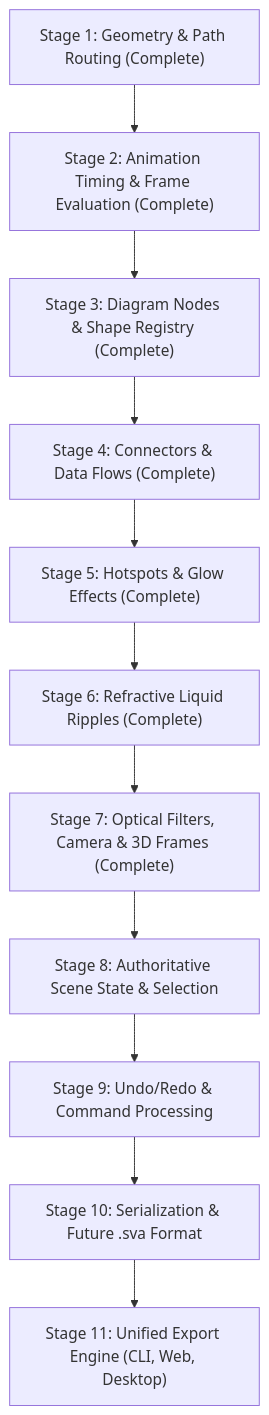
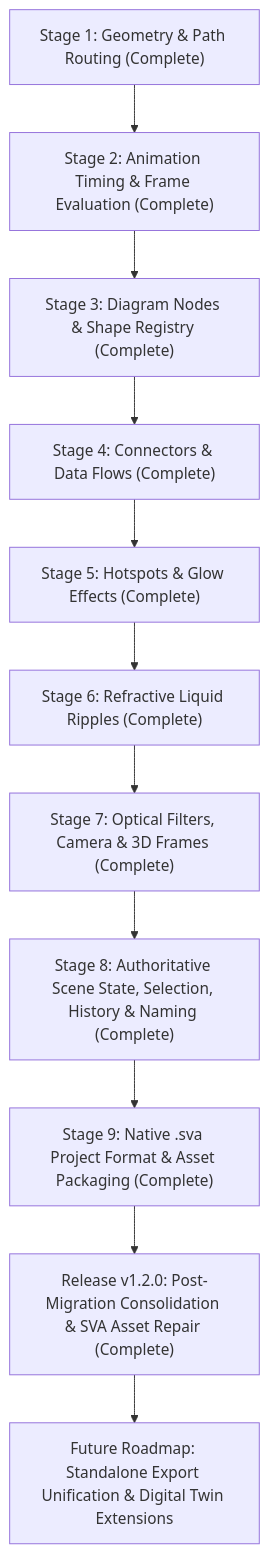
Before and after one commit to elric-seaoffate/svg-animator: the diagram in docs/architecture/wasm-migration-roadmap.md, drawn with Mermaid. The commit also changed other lines of this file and 4 other files, not shown here.

Commit message:
docs: consolidate architecture documentation, update roadmap, and prepare v1.2.0 stable release

````diff
--- a/docs/architecture/wasm-migration-roadmap.md
+++ b/docs/architecture/wasm-migration-roadmap.md
@@ -101,13 +101,13 @@
 ```mermaid
 flowchart TD
     S1["Stage 1: Geometry & Path Routing (Complete)"] --> S2["Stage 2: Animation Timing & Frame Evaluation (Complete)"]
     S2 --> S3["Stage 3: Diagram Nodes & Shape Registry (Complete)"]
     S3 --> S4["Stage 4: Connectors & Data Flows (Complete)"]
     S4 --> S5["Stage 5: Hotspots & Glow Effects (Complete)"]
     S5 --> S6["Stage 6: Refractive Liquid Ripples (Complete)"]
     S6 --> S7["Stage 7: Optical Filters, Camera & 3D Frames (Complete)"]
-    S7 --> S8["Stage 8: Authoritative Scene State & Selection"]
-    S8 --> S9["Stage 9: Undo/Redo & Command Processing"]
-    S9 --> S10["Stage 10: Serialization & Future .sva Format"]
-    S10 --> S11["Stage 11: Unified Export Engine (CLI, Web, Desktop)"]
+    S7 --> S8["Stage 8: Authoritative Scene State, Selection, History & Naming (Complete)"]
+    S8 --> S9["Stage 9: Native .sva Project Format & Asset Packaging (Complete)"]
+    S9 --> S10["Release v1.2.0: Post-Migration Consolidation & SVA Asset Repair (Complete)"]
+    S10 --> S11["Future Roadmap: Standalone Export Unification & Digital Twin Extensions"]
 ```
````
